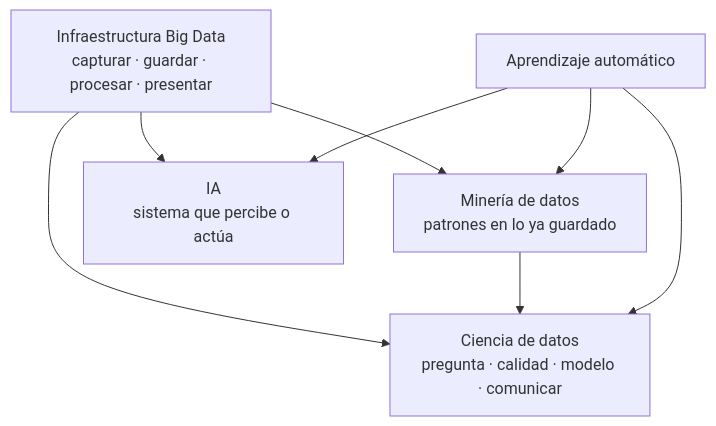
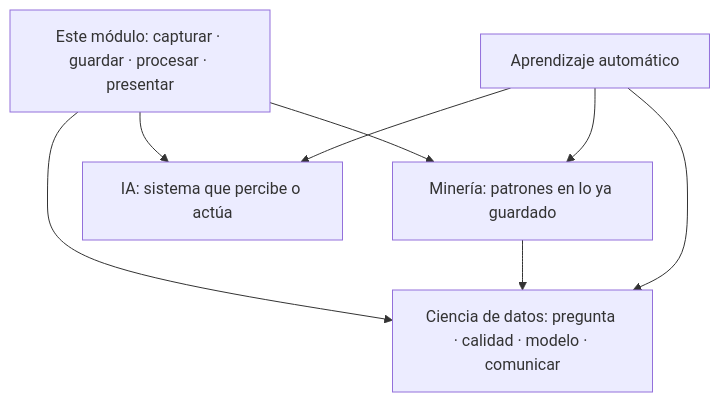
The diagram in docs/ut1/por-que-big-data.md (iesataulfoargentasor/bda_2026_2027), drawn with Mermaid before and after one commit. The commit also changed other lines of this file, not shown here.

````diff
--- a/docs/ut1/por-que-big-data.md
+++ b/docs/ut1/por-que-big-data.md
@@ -111,15 +95,15 @@
 ```mermaid
 flowchart TB
-  BD[Infraestructura Big Data<br/>capturar · guardar · procesar · presentar]
-  DM[Minería de datos<br/>patrones en lo ya guardado]
-  DS[Ciencia de datos<br/>pregunta · calidad · modelo · comunicar]
-  AI[IA<br/>sistema que percibe o actúa]
+  BD[Este módulo: capturar · guardar · procesar · presentar]
+  DM[Minería: patrones en lo ya guardado]
+  DS[Ciencia de datos: pregunta · calidad · modelo · comunicar]
+  AI[IA: sistema que percibe o actúa]
   ML[Aprendizaje automático]
   BD --> DM
   BD --> DS
   BD --> AI
   DM --> DS
   ML --> DS
   ML --> AI
   ML --> DM
 ```
````
